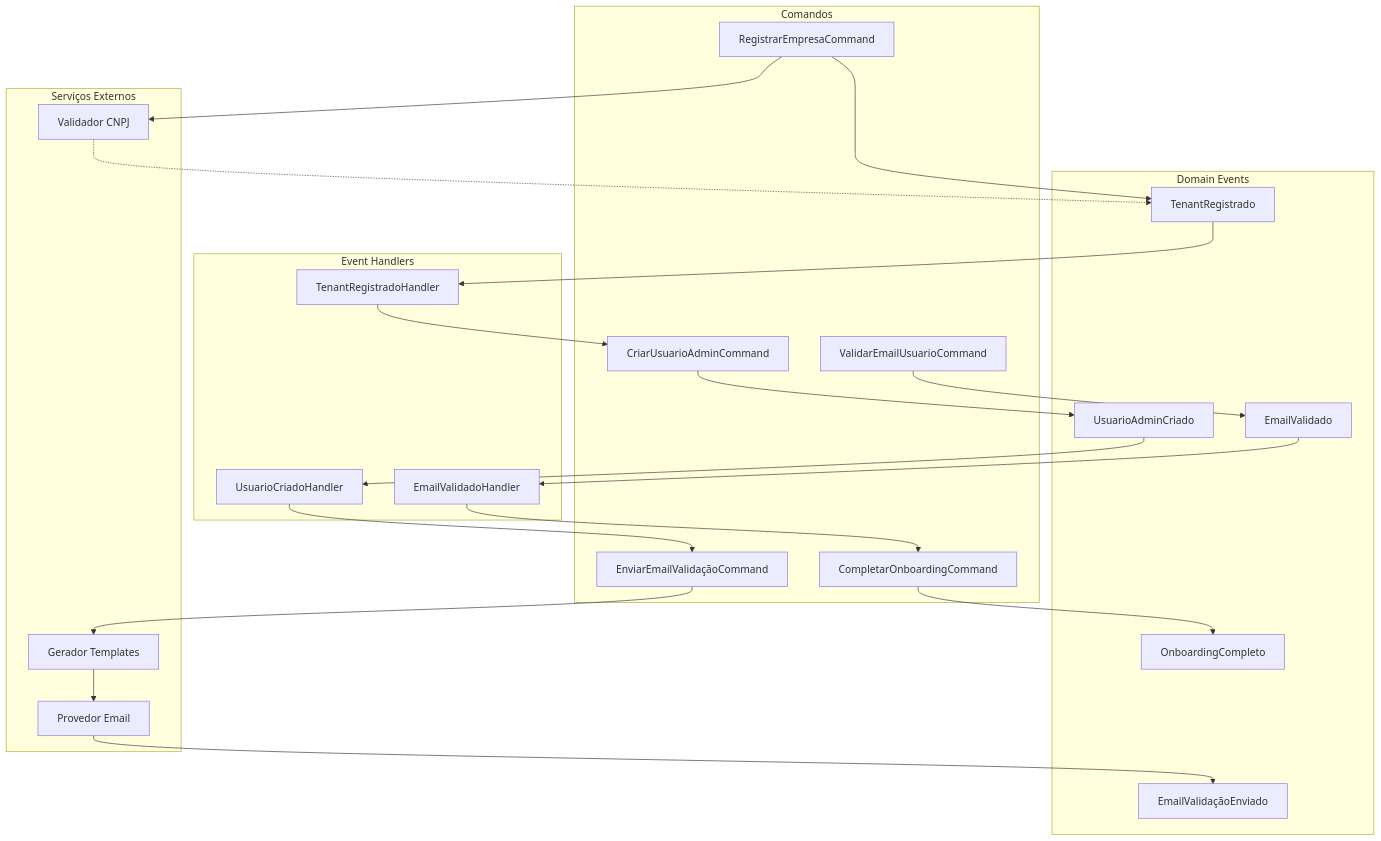
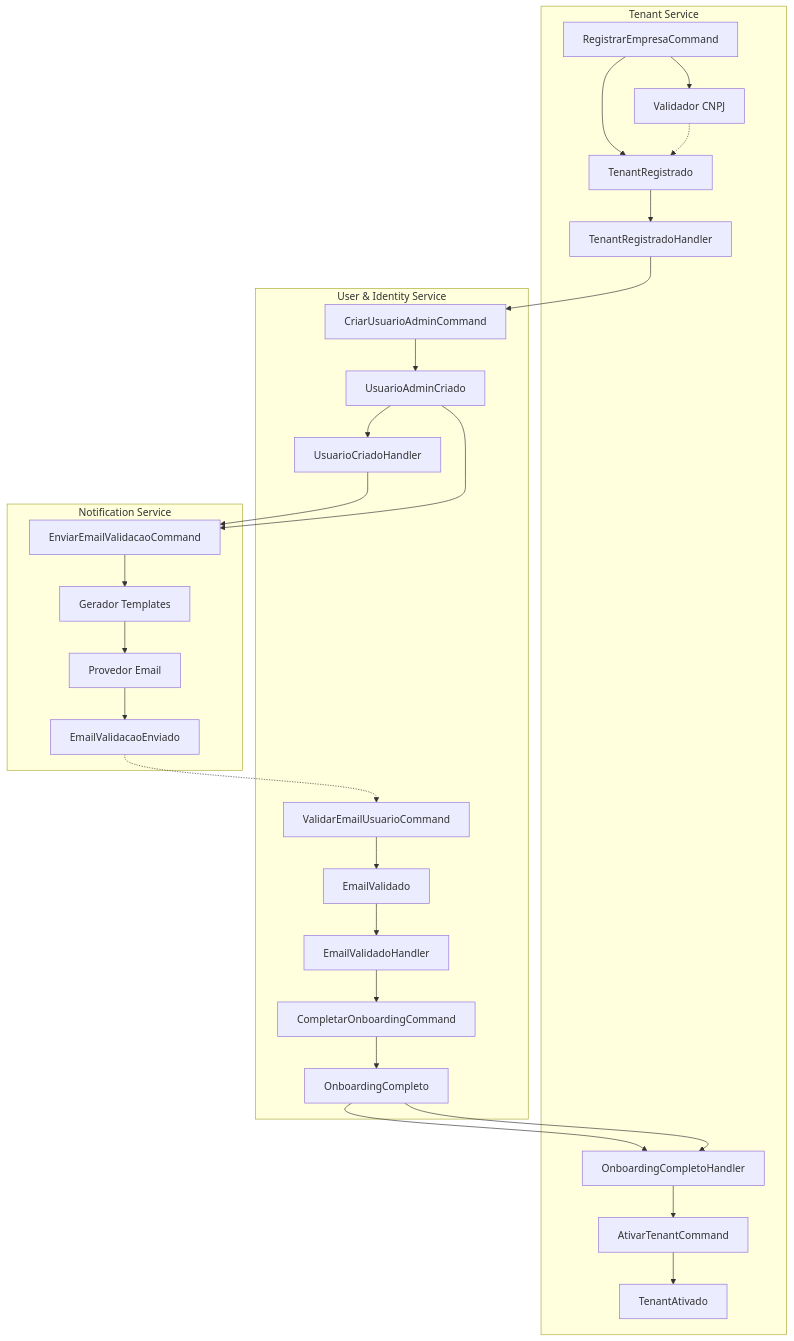
The diagram in docs/flows/index.md (mauricionofre/loyalty-card.docs), drawn with Mermaid before and after one commit. The commit also changed 27 other files, not shown here.

First line of the commit message:
feat: Add comprehensive onboarding documentation including API specifications, architecture reference, and flow diagrams

````diff
--- a/docs/flows/index.md
+++ b/docs/flows/index.md
@@ -3,47 +3,54 @@
 ```mermaid
 flowchart TD
-    subgraph "Comandos"
+    subgraph "Tenant Service"
         C1[RegistrarEmpresaCommand]
-        C2[CriarUsuarioAdminCommand]
-        C3[EnviarEmailValidaçãoCommand]
-        C4[ValidarEmailUsuarioCommand]
-        C5[CompletarOnboardingCommand]
+        EH1[TenantRegistradoHandler]
+        E1[TenantRegistrado]
+        S1[Validador CNPJ]
+        EH4[OnboardingCompletoHandler]
+        C6[AtivarTenantCommand]
+        E6[TenantAtivado]
     end
     
-    subgraph "Event Handlers"
-        EH1[TenantRegistradoHandler]
+    subgraph "User & Identity Service"
+        C2[CriarUsuarioAdminCommand]
+        E2[UsuarioAdminCriado]
+        C4[ValidarEmailUsuarioCommand]
+        E4[EmailValidado]
         EH2[UsuarioCriadoHandler]
         EH3[EmailValidadoHandler]
-    end
-    
-    subgraph "Domain Events"
-        E1[TenantRegistrado]
-        E2[UsuarioAdminCriado]
-        E3[EmailValidaçãoEnviado]
-        E4[EmailValidado]
+        C5[CompletarOnboardingCommand]
         E5[OnboardingCompleto]
     end
     
-    subgraph "Serviços Externos"
-        S1[Validador CNPJ]
+    subgraph "Notification Service"
+        C3[EnviarEmailValidacaoCommand]
+        E3[EmailValidacaoEnviado]
         S2[Provedor Email]
         S3[Gerador Templates]
     end
     
     C1 --> E1
     E1 --> EH1
     EH1 --> C2
     C2 --> E2
     E2 --> EH2
     EH2 --> C3
     C3 --> S3
     S3 --> S2
     S2 --> E3
     C1 --> S1
     S1 -.-> E1
     C4 --> E4
     E4 --> EH3
     EH3 --> C5
     C5 --> E5
+    E5 --> EH4
+    EH4 --> C6
+    C6 --> E6
 
+    %% Fluxo entre serviços
+    E2 --> C3
+    E3 -.-> C4
+    E5 --> EH4
 ```
````
